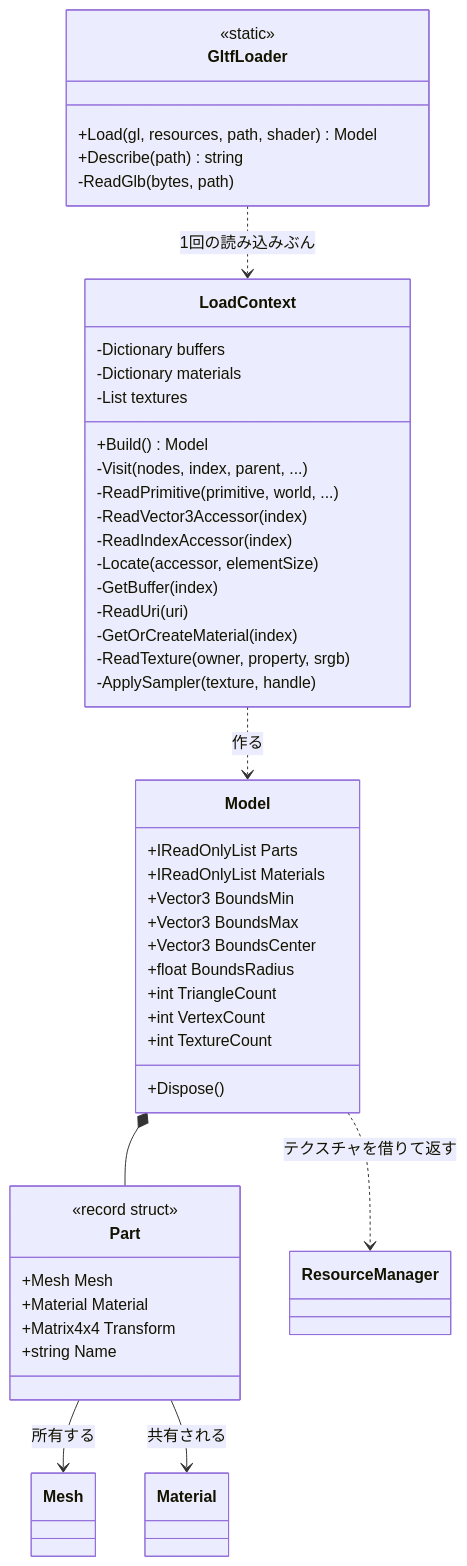
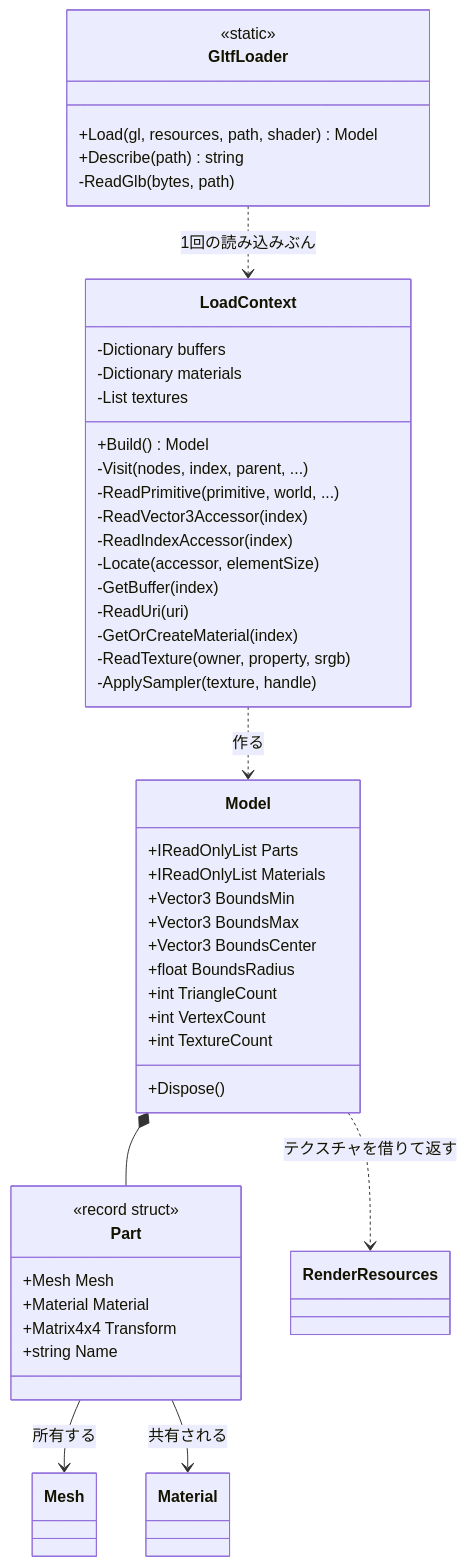
The ninth of 25 diagrams in docs/plans/Day32.md (honyax/honya-game-engine), drawn with Mermaid before and after one commit. The commit also changed other lines of this file and 20 other files, not shown here.

First line of the commit message:
docs: Day31〜51 の設計書を RenderResources への改名・移動に合わせる

````diff
--- a/docs/plans/Day32.md
+++ b/docs/plans/Day32.md
@@ -1220,51 +1244,51 @@
 ```mermaid
 classDiagram
     class GltfLoader {
         <<static>>
         +Load(gl, resources, path, shader) Model
         +Describe(path) string
         -ReadGlb(bytes, path)
     }
     class LoadContext {
         -Dictionary buffers
         -Dictionary materials
         -List textures
         +Build() Model
         -Visit(nodes, index, parent, ...)
         -ReadPrimitive(primitive, world, ...)
         -ReadVector3Accessor(index)
         -ReadIndexAccessor(index)
         -Locate(accessor, elementSize)
         -GetBuffer(index)
         -ReadUri(uri)
         -GetOrCreateMaterial(index)
         -ReadTexture(owner, property, srgb)
         -ApplySampler(texture, handle)
     }
     class Model {
         +IReadOnlyList Parts
         +IReadOnlyList Materials
         +Vector3 BoundsMin
         +Vector3 BoundsMax
         +Vector3 BoundsCenter
         +float BoundsRadius
         +int TriangleCount
         +int VertexCount
         +int TextureCount
         +Dispose()
     }
     class Part {
         <<record struct>>
         +Mesh Mesh
         +Material Material
         +Matrix4x4 Transform
         +string Name
     }
 
     GltfLoader ..> LoadContext : 1回の読み込みぶん
     LoadContext ..> Model : 作る
     Model *-- Part
     Part --> Mesh : 所有する
     Part --> Material : 共有される
-    Model ..> ResourceManager : テクスチャを借りて返す
+    Model ..> RenderResources : テクスチャを借りて返す
 ```
````
